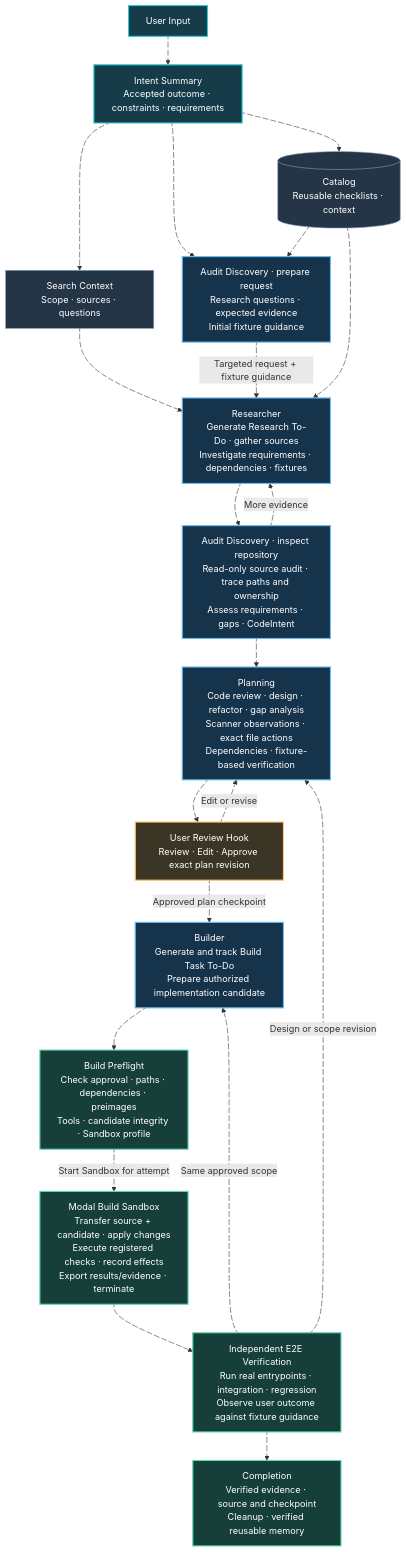
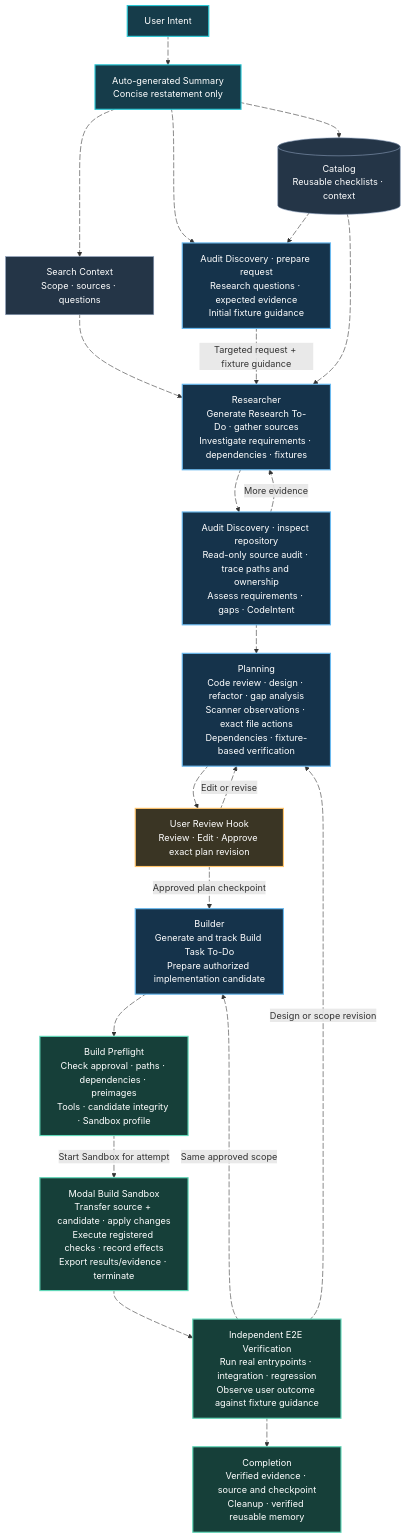
One commit to itz1508/OneShot-Continuing changed the first of 2 diagrams in README.md. Above: the diagram before and after it, drawn with Mermaid. The commit also changed other lines of this file, not shown here.

Commit message:
docs: make intent entry a simple auto-generated summary (README only)

````diff
--- a/README.md
+++ b/README.md
@@ -18,55 +20,55 @@
 ```mermaid
 flowchart TD
-    INPUT["User Input"] e01@--> INTENT["Intent Summary<br/>Accepted outcome · constraints · requirements"]
+    INPUT["User Intent"] e01@--> INTENT["Auto-generated Summary<br/>Concise restatement only"]
     INTENT e02@--> SEARCH["Search Context<br/>Scope · sources · questions"]
     INTENT e03@--> REQUEST["Audit Discovery · prepare request<br/>Research questions · expected evidence<br/>Initial fixture guidance"]
     INTENT e04@-.-> CATALOG[("Catalog<br/>Reusable checklists · context")]
     CATALOG e05@-.-> REQUEST
     CATALOG e06@-.-> RESEARCH
     SEARCH e07@--> RESEARCH["Researcher<br/>Generate Research To-Do · gather sources<br/>Investigate requirements · dependencies · fixtures"]
     REQUEST e08@-->|Targeted request + fixture guidance| RESEARCH
     RESEARCH e09@--> AUDIT["Audit Discovery · inspect repository<br/>Read-only source audit · trace paths and ownership<br/>Assess requirements · gaps · CodeIntent"]
     AUDIT e10@-.->|More evidence| RESEARCH
     AUDIT e11@--> PLAN["Planning<br/>Code review · design · refactor · gap analysis<br/>Scanner observations · exact file actions<br/>Dependencies · fixture-based verification"]
     PLAN e12@--> REVIEW["User Review Hook<br/>Review · Edit · Approve exact plan revision"]
     REVIEW e13@-.->|Edit or revise| PLAN
     REVIEW e14@-->|Approved plan checkpoint| BUILDER["Builder<br/>Generate and track Build Task To-Do<br/>Prepare authorized implementation candidate"]
     BUILDER e15@--> PRE["Build Preflight<br/>Check approval · paths · dependencies · preimages<br/>Tools · candidate integrity · Sandbox profile"]
     PRE e16@-->|Start Sandbox for attempt| MODAL["Modal Build Sandbox<br/>Transfer source + candidate · apply changes<br/>Execute registered checks · record effects<br/>Export results/evidence · terminate"]
     MODAL e17@--> E2E["Independent E2E Verification<br/>Run real entrypoints · integration · regression<br/>Observe user outcome against fixture guidance"]
     E2E e18@-.->|Same approved scope| BUILDER
     E2E e19@-.->|Design or scope revision| PLAN
     E2E e20@--> DONE["Completion<br/>Verified evidence · source and checkpoint<br/>Cleanup · verified reusable memory"]
 
     e01@{ animation: fast }
     e02@{ animation: fast }
     e03@{ animation: fast }
     e07@{ animation: fast }
     e08@{ animation: fast }
     e09@{ animation: fast }
     e11@{ animation: fast }
     e12@{ animation: fast }
     e14@{ animation: fast }
     e15@{ animation: fast }
     e16@{ animation: fast }
     e17@{ animation: fast }
     e20@{ animation: fast }
     e04@{ animation: slow }
     e05@{ animation: slow }
     e06@{ animation: slow }
     e10@{ animation: slow }
     e13@{ animation: slow }
     e18@{ animation: slow }
     e19@{ animation: slow }
 
     classDef intent fill:#163c4a,stroke:#29c8d5,color:#ffffff,stroke-width:2px;
     classDef role fill:#15334b,stroke:#69b9ef,color:#ffffff,stroke-width:2px;
     classDef supporting fill:#243547,stroke:#8fa1bd,color:#ffffff,stroke-width:1px;
     classDef execution fill:#163f39,stroke:#60d8b8,color:#ffffff,stroke-width:2px;
     classDef review fill:#3a3524,stroke:#ffc46b,color:#ffffff,stroke-width:2px;
     class INPUT,INTENT intent;
     class SEARCH,CATALOG supporting;
     class REQUEST,RESEARCH,AUDIT,PLAN,BUILDER role;
     class REVIEW review;
     class PRE,MODAL,E2E,DONE execution;
 ```
````
